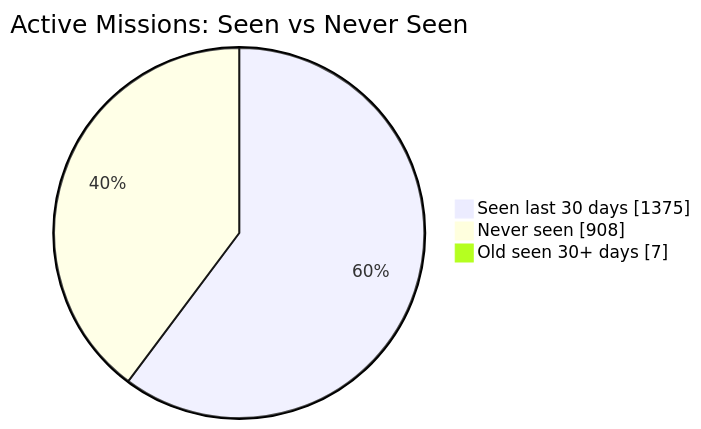
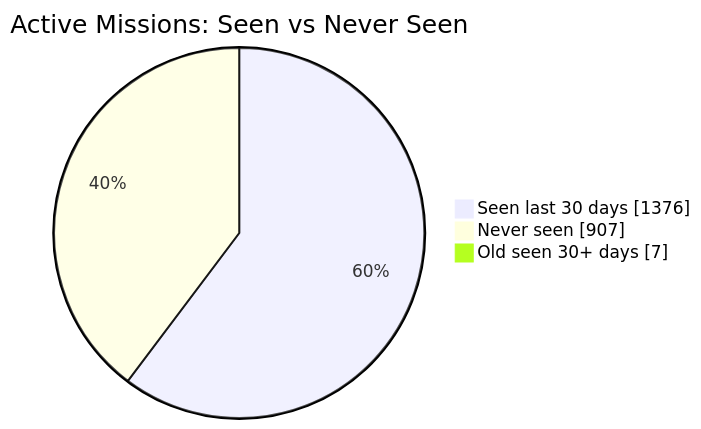
One commit to MeldkamerspelGameTeam/active-missions changed the first of 2 diagrams in README.md. Above: the diagram before and after it, drawn with Mermaid. The commit also changed other lines of this file and 3 other files, not shown here.

````diff
--- a/README.md
+++ b/README.md
@@ -34,7 +34,7 @@
 ```mermaid
 pie showData
     title Active Missions: Seen vs Never Seen
-    "Seen last 30 days" : 1375
-    "Never seen" : 908
+    "Seen last 30 days" : 1376
+    "Never seen" : 907
     "Old seen 30+ days" : 7
 ```
````
